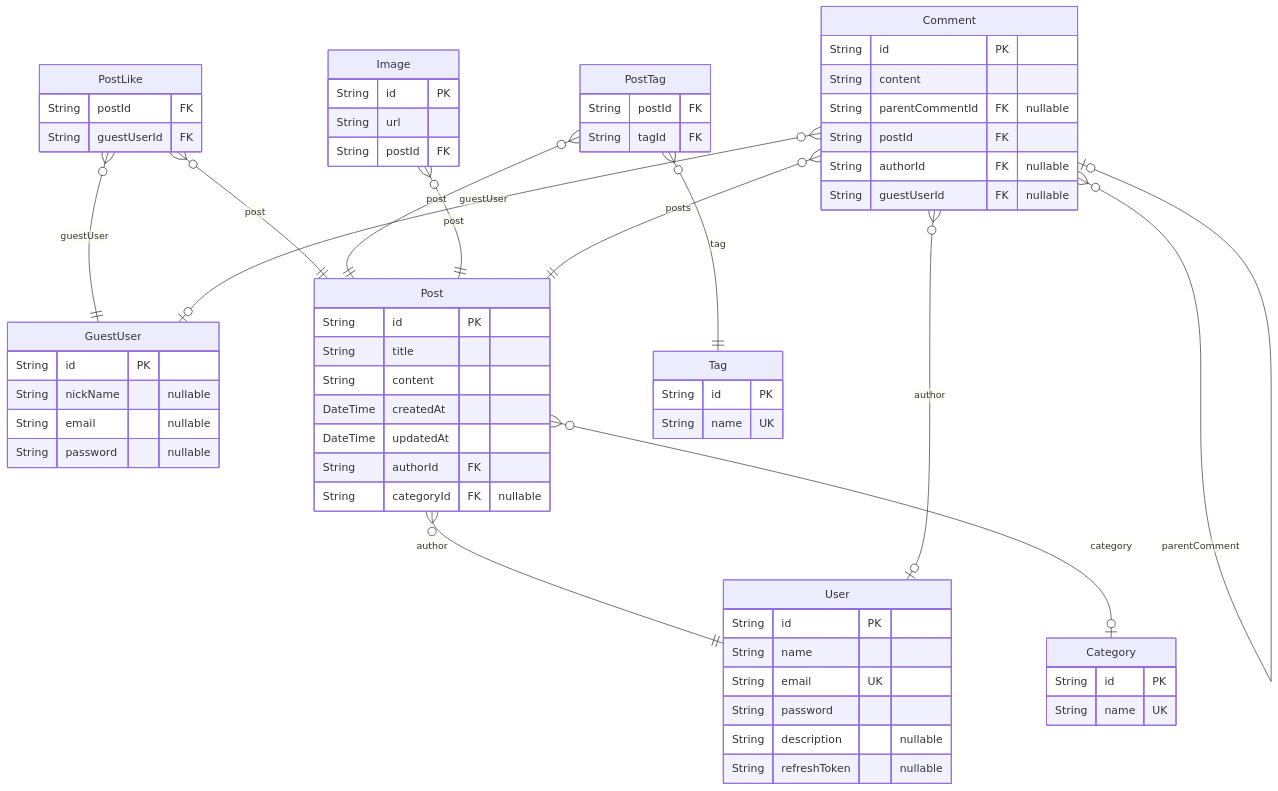
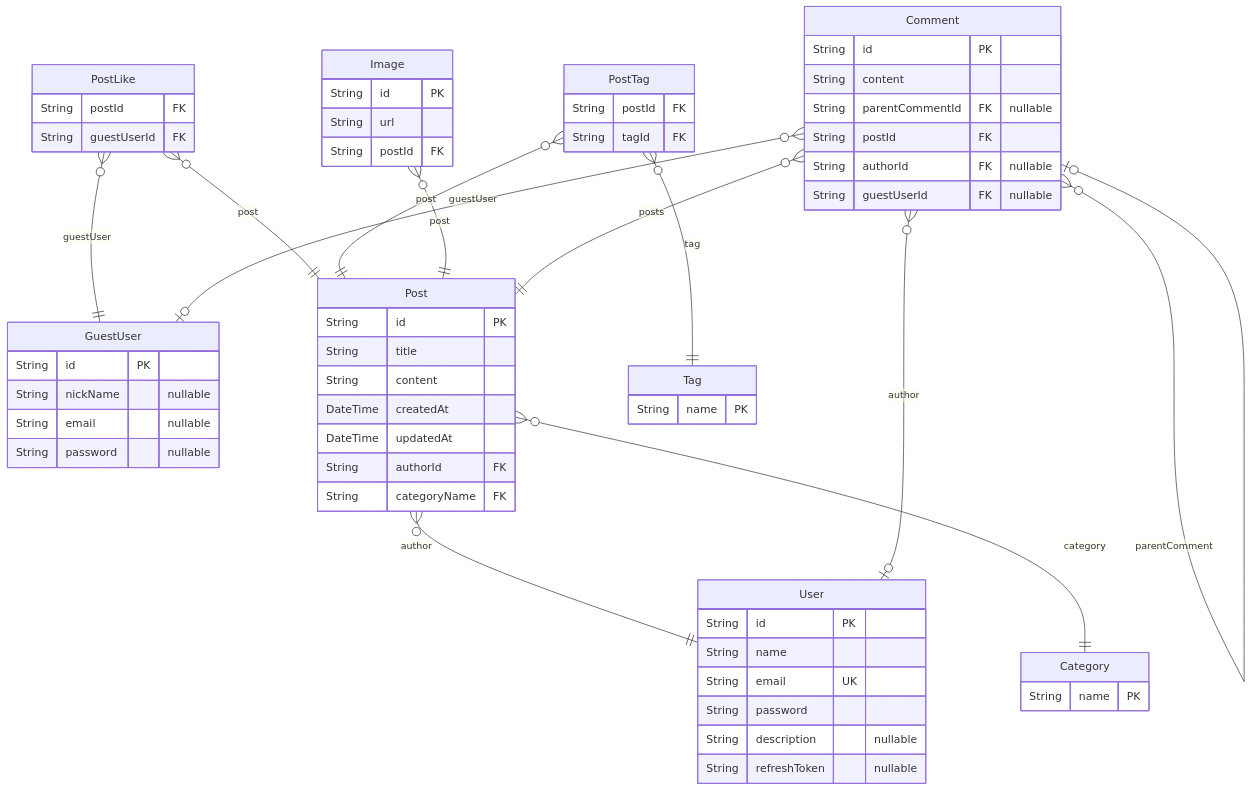
One commit to JongDeug/blog-backend changed the diagram in prisma/ERD.md. Above: the diagram before and after it, drawn with Mermaid. The commit also changed other lines of this file and 75 other files, not shown here.

````diff
--- a/prisma/ERD.md
+++ b/prisma/ERD.md
@@ -7,66 +7,64 @@
 ```mermaid
 erDiagram
 "User" {
   String id PK
   String name
   String email UK
   String password
   String description "nullable"
   String refreshToken "nullable"
 }
 "GuestUser" {
   String id PK
   String nickName "nullable"
   String email "nullable"
   String password "nullable"
 }
 "PostLike" {
   String postId FK
   String guestUserId FK
 }
 "Post" {
   String id PK
   String title
   String content
   DateTime createdAt
   DateTime updatedAt
   String authorId FK
-  String categoryId FK "nullable"
+  String categoryName FK
 }
 "Tag" {
-  String id PK
-  String name UK
+  String name PK
 }
 "PostTag" {
   String postId FK
   String tagId FK
 }
 "Image" {
   String id PK
   String url
   String postId FK
 }
 "Category" {
-  String id PK
-  String name UK
+  String name PK
 }
 "Comment" {
   String id PK
   String content
   String parentCommentId FK "nullable"
   String postId FK
   String authorId FK "nullable"
   String guestUserId FK "nullable"
 }
 "PostLike" }o--|| "Post" : post
 "PostLike" }o--|| "GuestUser" : guestUser
 "Post" }o--|| "User" : author
-"Post" }o--o| "Category" : category
+"Post" }o--|| "Category" : category
 "PostTag" }o--|| "Post" : post
 "PostTag" }o--|| "Tag" : tag
 "Image" }o--|| "Post" : post
 "Comment" }o--o| "Comment" : parentComment
 "Comment" }o--|| "Post" : posts
 "Comment" }o--o| "User" : author
 "Comment" }o--o| "GuestUser" : guestUser
 ```
````
